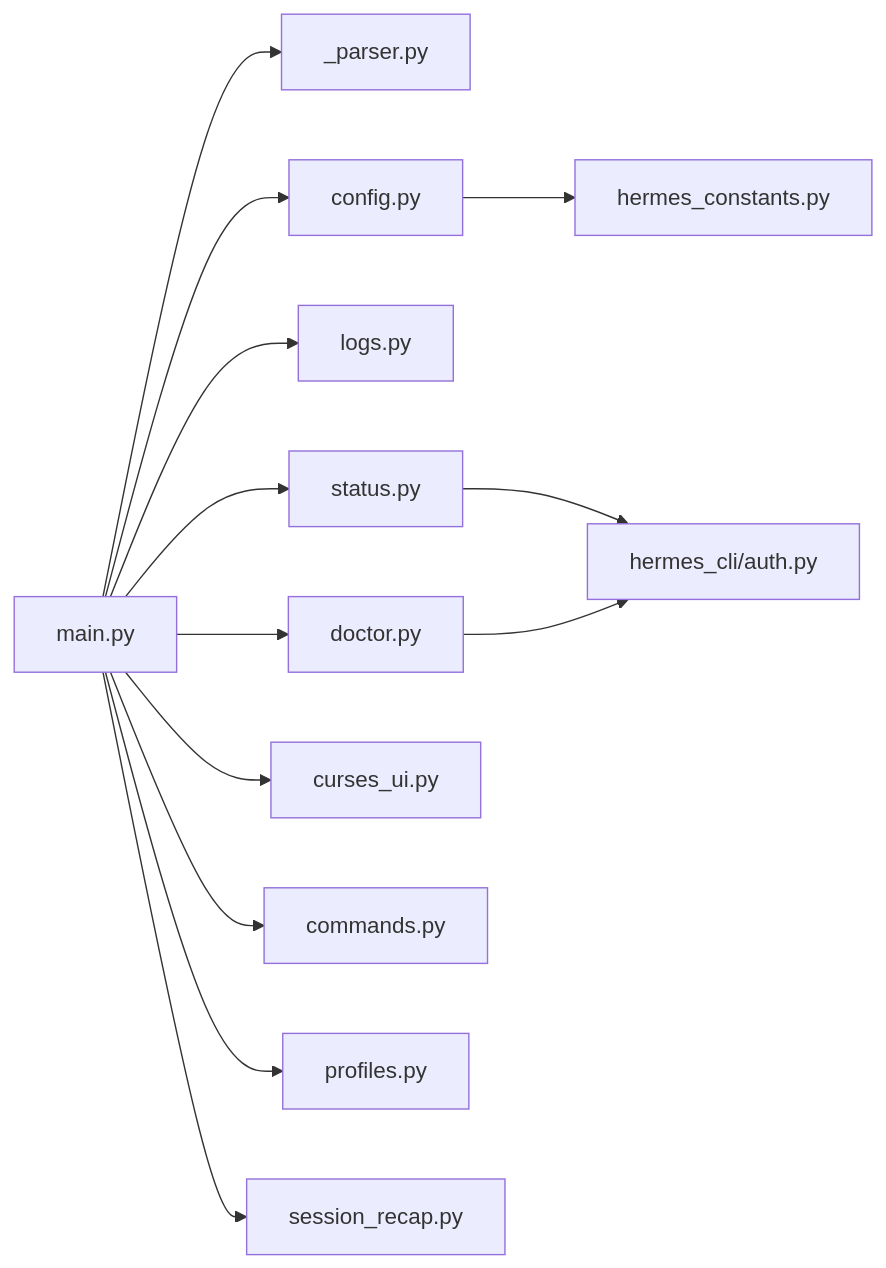
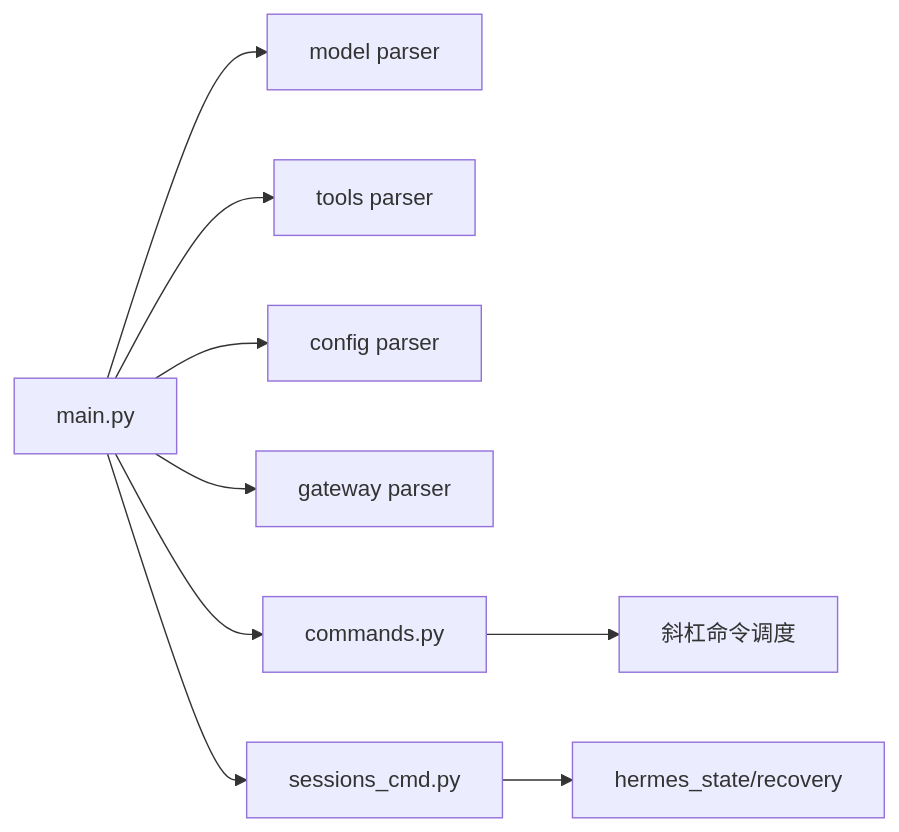
One commit to haolange/hermes-agent changed the third of 3 diagrams in .qoder/repowiki/zh/content/命令行界面/命令行界面.md. Above: the diagram before and after it, drawn with Mermaid. The commit also changed other lines of this file and 1206 other files, not shown here.

````diff
--- a/.qoder/repowiki/zh/content/命令行界面/命令行界面.md
+++ b/.qoder/repowiki/zh/content/命令行界面/命令行界面.md
@@ -172,15 +173,11 @@
 ```mermaid
 graph LR
-MAIN["main.py"] --> PARSER["_parser.py"]
-MAIN --> CONFIG["config.py"]
-MAIN --> LOGS["logs.py"]
-MAIN --> STATUS["status.py"]
-MAIN --> DOCTOR["doctor.py"]
-MAIN --> CURSES["curses_ui.py"]
-MAIN --> COMMANDS["commands.py"]
-MAIN --> PROFILES["profiles.py"]
-MAIN --> RECAP["session_recap.py"]
-CONFIG --> CONST["hermes_constants.py"]
-STATUS --> AUTH["hermes_cli/auth.py"]
-DOCTOR --> AUTH
+M["main.py"] --> MP["model parser"]
+M --> TP["tools parser"]
+M --> CP["config parser"]
+M --> GP["gateway parser"]
+M --> CM["commands.py"]
+M --> SC["sessions_cmd.py"]
+CM --> SL["斜杠命令调度"]
+SC --> DB["hermes_state/recovery"]
 ```
````
